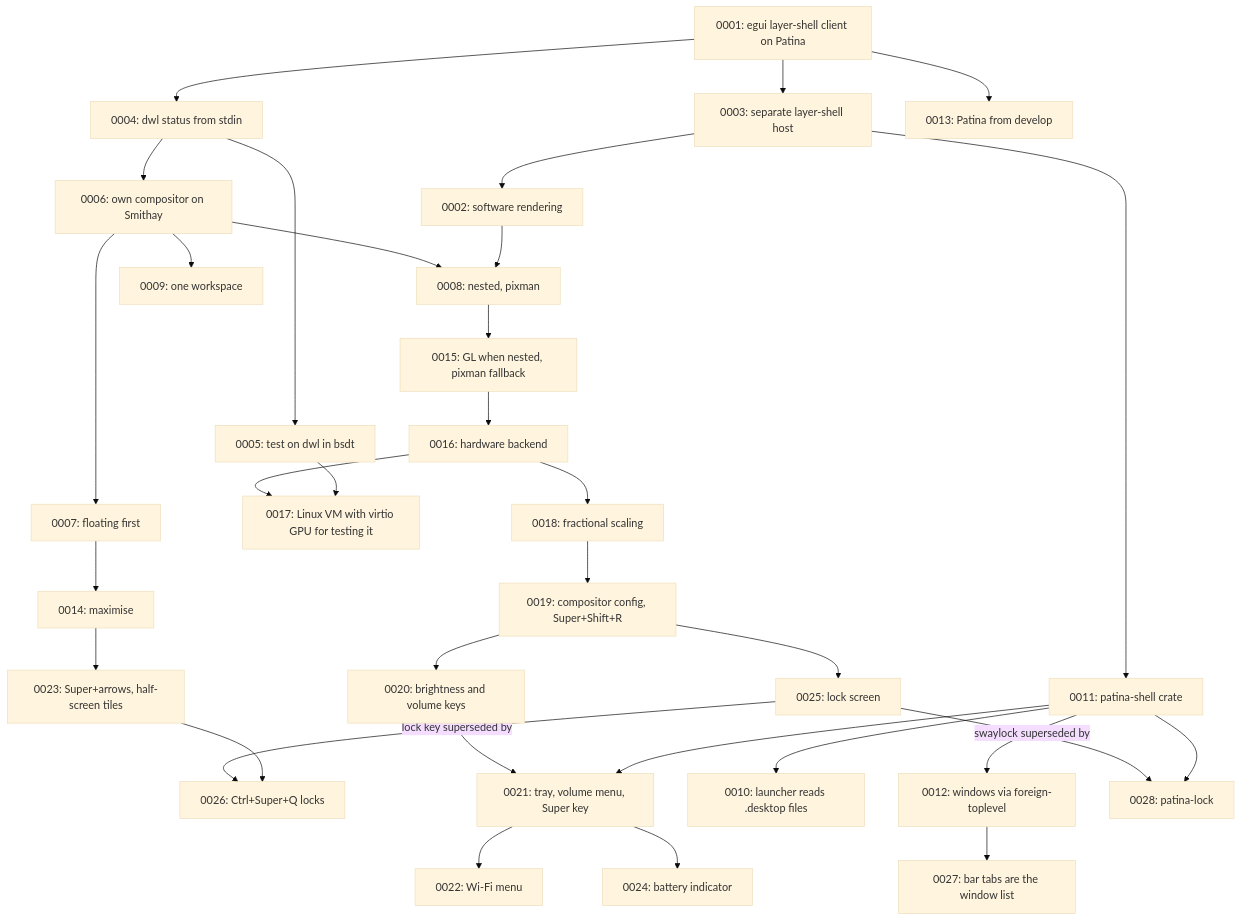
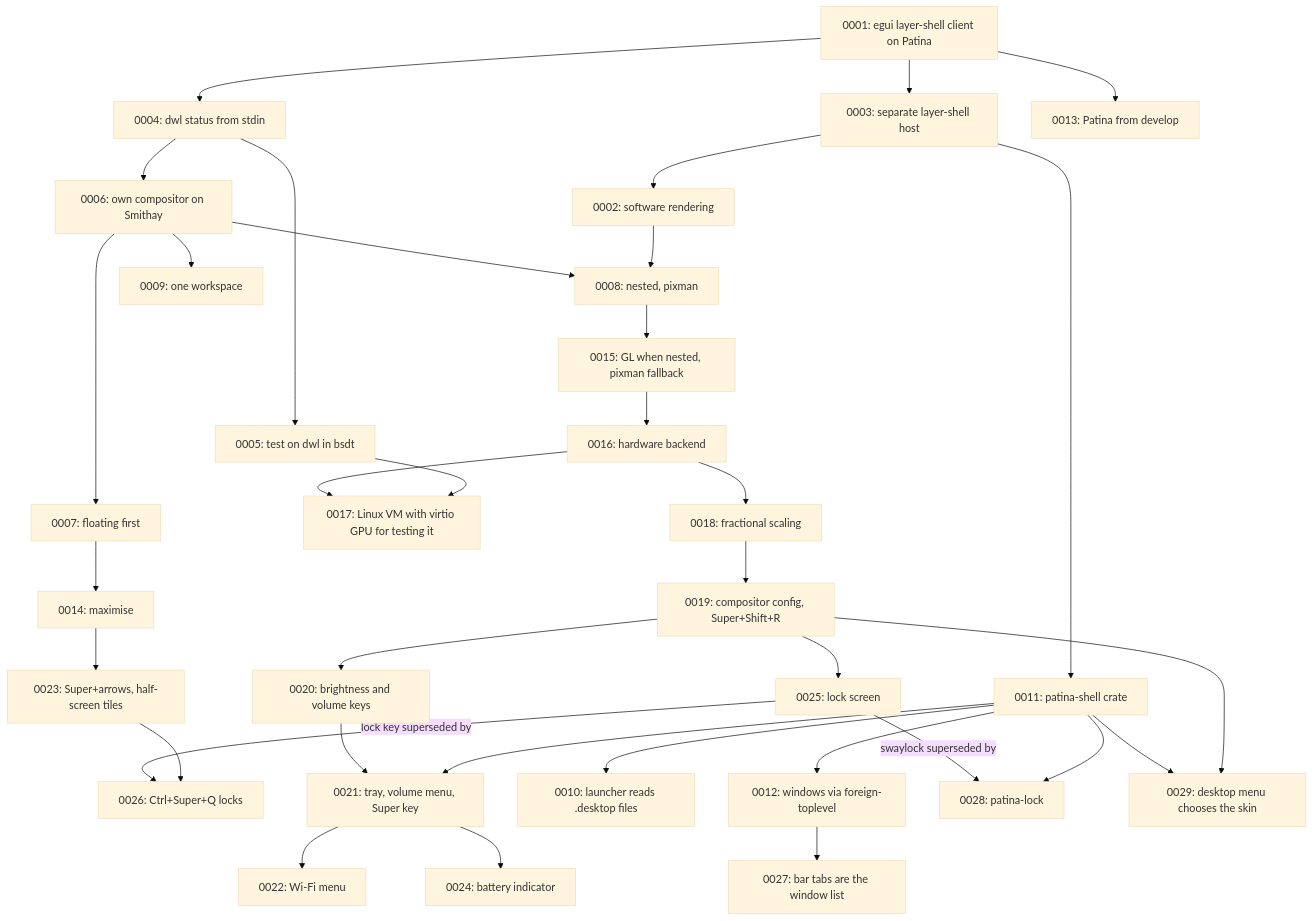
Before and after one commit to Sector-F-Labs/patina-desktop: the diagram in docs/adr/README.md, drawn with Mermaid (base theme). The commit also changed other lines of this file and 19 other files, not shown here.

First line of the commit message:
A right click on the desktop opens the desktop's menu, which chooses the shell's skin

````diff
--- a/docs/adr/README.md
+++ b/docs/adr/README.md
@@ -76,35 +77,37 @@
 ```mermaid
 flowchart TD
     A[0001: egui layer-shell client on Patina] --> B[0003: separate layer-shell host]
     B --> C[0002: software rendering]
     A --> D[0004: dwl status from stdin]
     D --> E[0005: test on dwl in bsdt]
     D --> F[0006: own compositor on Smithay]
     F --> G[0007: floating first]
     G --> N[0014: maximise]
     N --> W[0023: Super+arrows, half-screen tiles]
     F --> H[0008: nested, pixman]
     H --> O[0015: GL when nested, pixman fallback]
     O --> P[0016: hardware backend]
     P --> Q[0017: Linux VM with virtio GPU for testing it]
     P --> R[0018: fractional scaling]
     R --> S[0019: compositor config, Super+Shift+R]
     S --> T[0020: brightness and volume keys]
     S --> Y[0025: lock screen]
     Y -->|lock key superseded by| Z[0026: Ctrl+Super+Q locks]
     W --> Z
     T --> U[0021: tray, volume menu, Super key]
     U --> V[0022: Wi-Fi menu]
     U --> X[0024: battery indicator]
     K --> U
     E --> Q
     C --> H
     F --> I[0009: one workspace]
     B --> K[0011: patina-shell crate]
     K --> J[0010: launcher reads .desktop files]
     K --> L[0012: windows via foreign-toplevel]
     L --> AA[0027: bar tabs are the window list]
     Y -->|swaylock superseded by| AB[0028: patina-lock]
     K --> AB
+    K --> AC[0029: desktop menu chooses the skin]
+    S --> AC
     A --> M[0013: Patina from develop]
 ```
````
